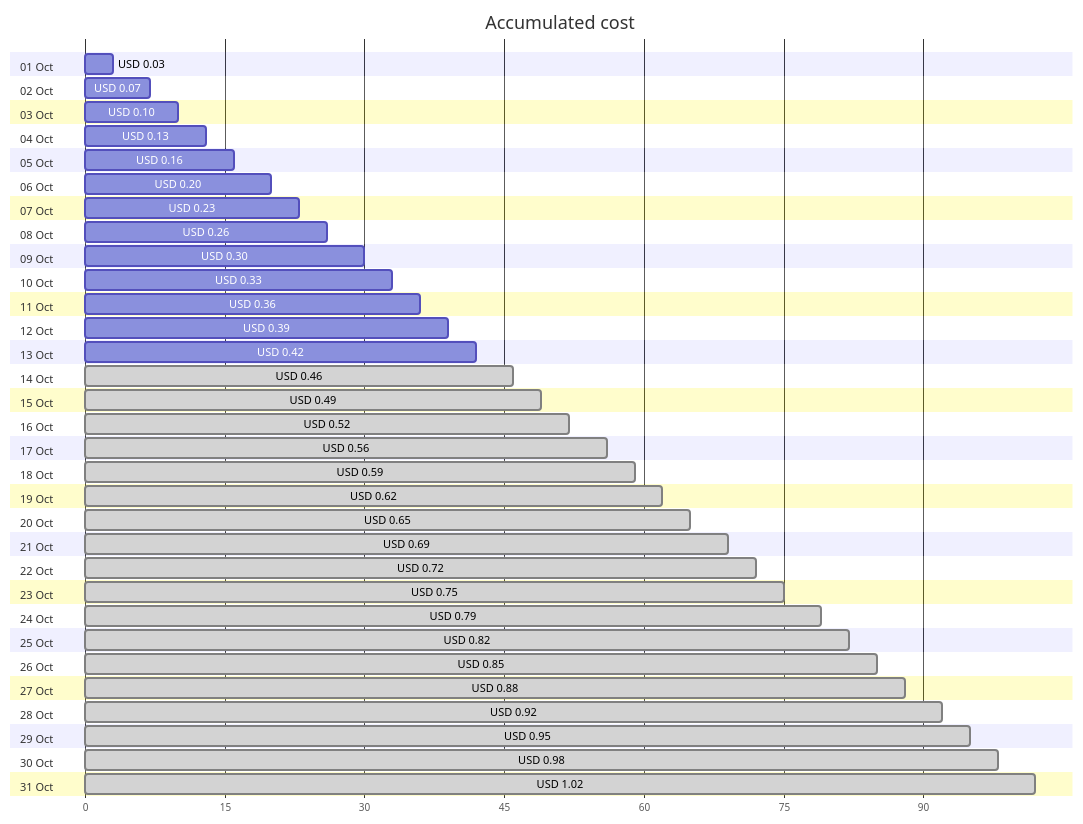
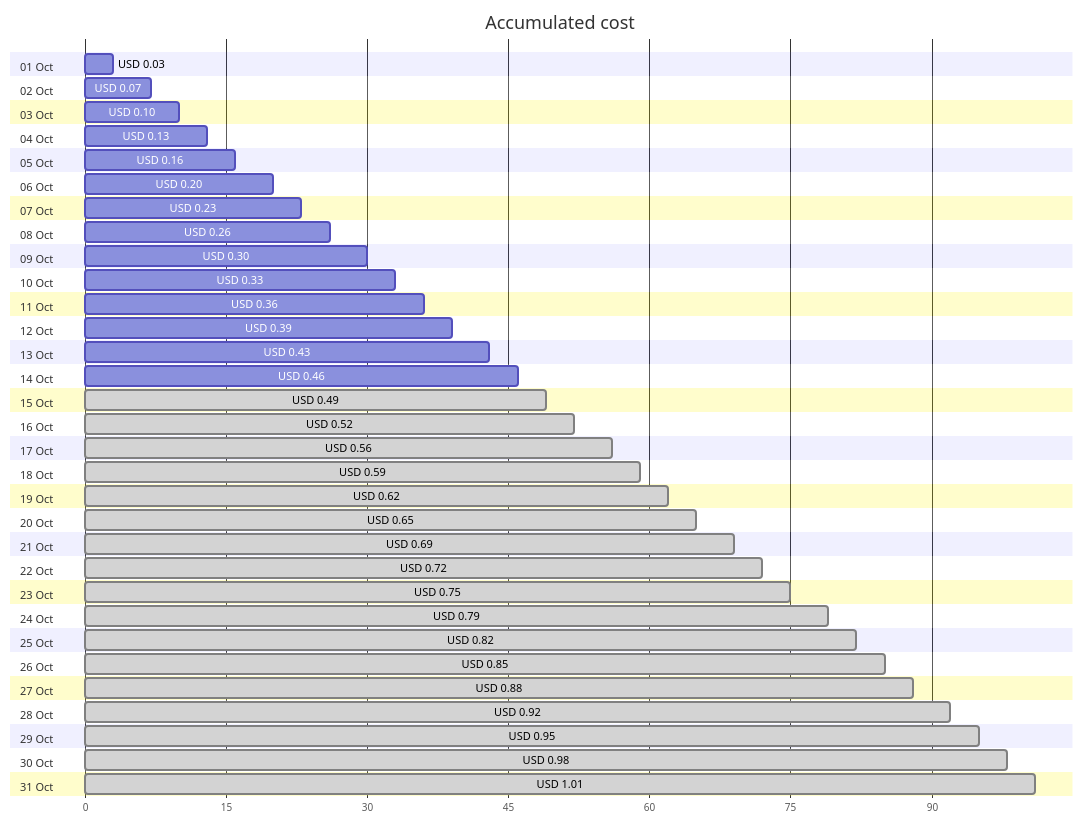
One commit to jpfulton/azure-personal-reports changed the first of 4 diagrams in cost-reports/personal-dns/README.md. Above: the diagram before and after it, drawn with Mermaid. The commit also changed other lines of this file and 2 other files, not shown here.

````diff
--- a/cost-reports/personal-dns/README.md
+++ b/cost-reports/personal-dns/README.md
@@ -20,68 +20,68 @@
 ```mermaid
 gantt
    title Accumulated cost
    dateFormat  X
    axisFormat %s
    section 01 Oct
    USD 0.03 :0, 3
    section 02 Oct
    USD 0.07 :0, 7
    section 03 Oct
    USD 0.10 :0, 10
    section 04 Oct
    USD 0.13 :0, 13
    section 05 Oct
    USD 0.16 :0, 16
    section 06 Oct
    USD 0.20 :0, 20
    section 07 Oct
    USD 0.23 :0, 23
    section 08 Oct
    USD 0.26 :0, 26
    section 09 Oct
    USD 0.30 :0, 30
    section 10 Oct
    USD 0.33 :0, 33
    section 11 Oct
    USD 0.36 :0, 36
    section 12 Oct
    USD 0.39 :0, 39
    section 13 Oct
-   USD 0.42 :0, 42
+   USD 0.43 :0, 43
    section 14 Oct
-   USD 0.46 : done, 0, 46
+   USD 0.46 :0, 46
    section 15 Oct
    USD 0.49 : done, 0, 49
    section 16 Oct
    USD 0.52 : done, 0, 52
    section 17 Oct
    USD 0.56 : done, 0, 56
    section 18 Oct
    USD 0.59 : done, 0, 59
    section 19 Oct
    USD 0.62 : done, 0, 62
    section 20 Oct
    USD 0.65 : done, 0, 65
    section 21 Oct
    USD 0.69 : done, 0, 69
    section 22 Oct
    USD 0.72 : done, 0, 72
    section 23 Oct
    USD 0.75 : done, 0, 75
    section 24 Oct
    USD 0.79 : done, 0, 79
    section 25 Oct
    USD 0.82 : done, 0, 82
    section 26 Oct
    USD 0.85 : done, 0, 85
    section 27 Oct
    USD 0.88 : done, 0, 88
    section 28 Oct
    USD 0.92 : done, 0, 92
    section 29 Oct
    USD 0.95 : done, 0, 95
    section 30 Oct
    USD 0.98 : done, 0, 98
    section 31 Oct
-   USD 1.02 : done, 0, 102
+   USD 1.01 : done, 0, 101
 ```
````
